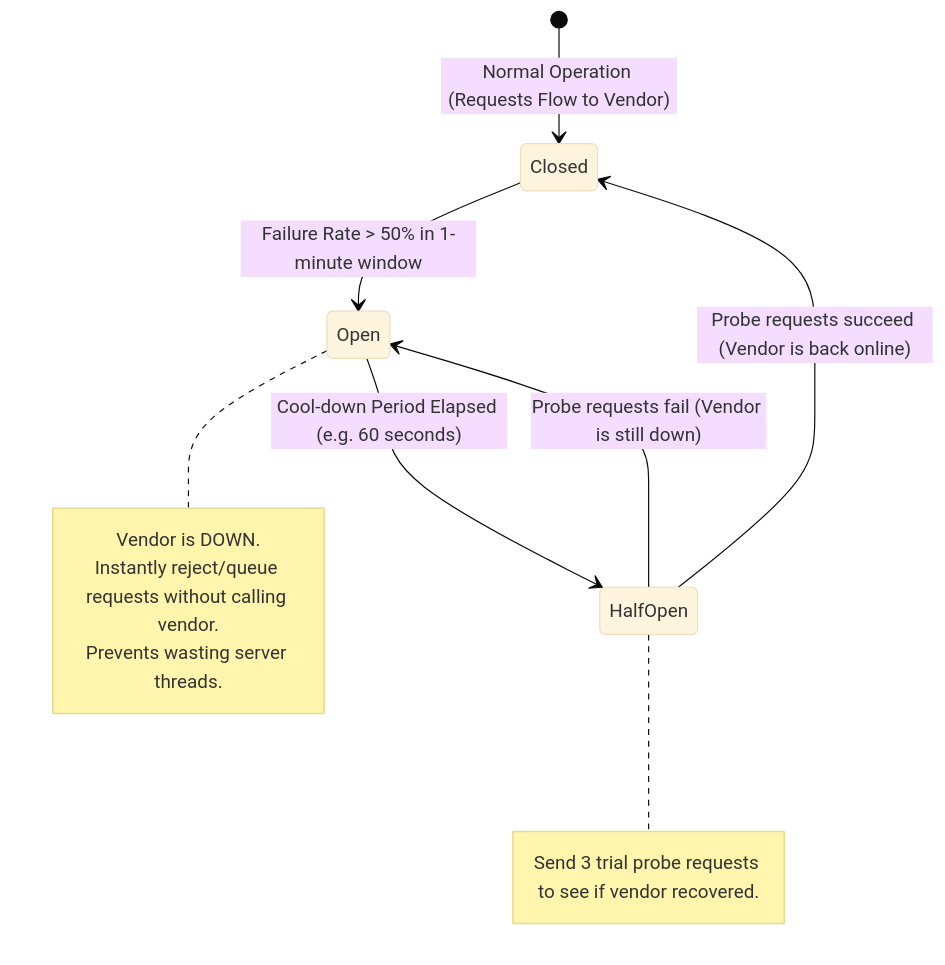
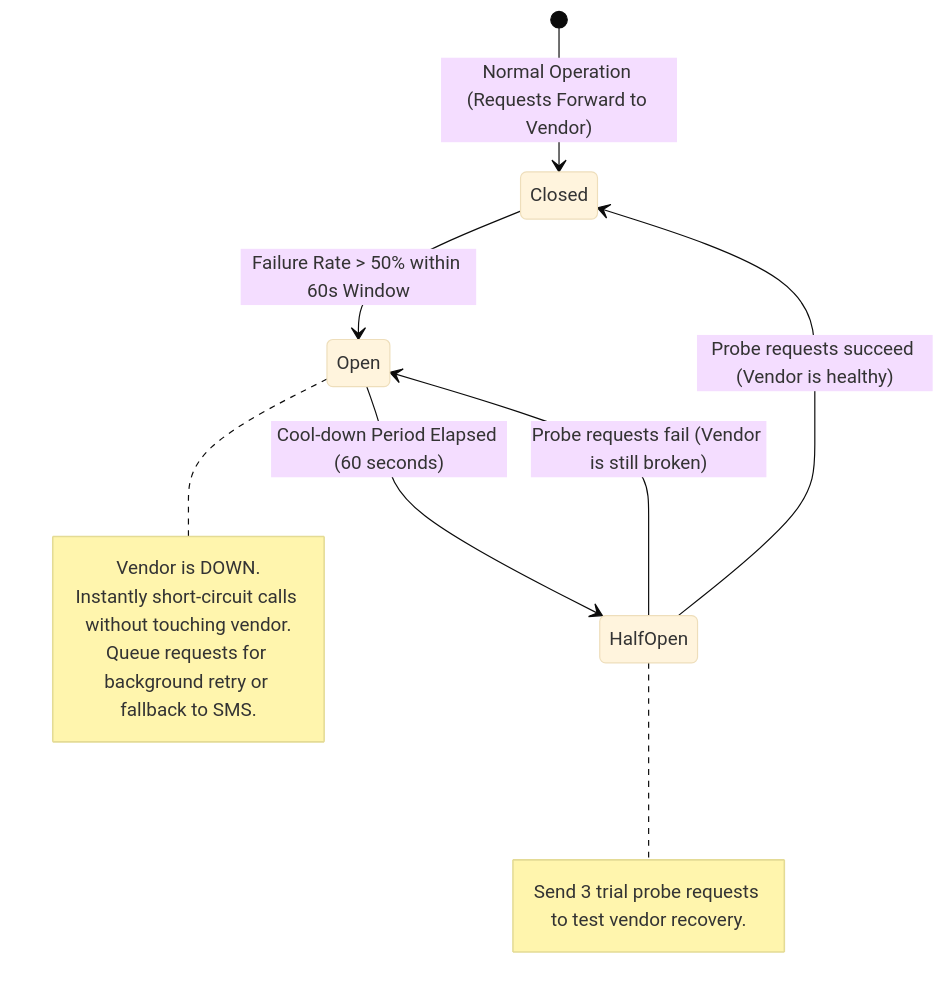
One commit to reviveproject4-source/OpenBSA changed the first of 2 diagrams in 06-edge-cases-and-anti-failure/12-third-party-outage-circuit-breaker.md. Above: the diagram before and after it, drawn with Mermaid (base theme). The commit also changed other lines of this file and 18 other files, not shown here.

````diff
--- a/06-edge-cases-and-anti-failure/12-third-party-outage-circuit-breaker.md
+++ b/06-edge-cases-and-anti-failure/12-third-party-outage-circuit-breaker.md
@@ -47,19 +29,19 @@
 ```mermaid
 stateDiagram-v2
-    [*] --> Closed: Normal Operation (Requests Flow to Vendor)
+    [*] --> Closed: Normal Operation (Requests Forward to Vendor)
 
-    Closed --> Open: Failure Rate > 50% in 1-minute window
+    Closed --> Open: Failure Rate > 50% within 60s Window
     note right of Open
         Vendor is DOWN.
-        Instantly reject/queue requests without calling vendor.
-        Prevents wasting server threads.
+        Instantly short-circuit calls without touching vendor.
+        Queue requests for background retry or fallback to SMS.
     end note
 
-    Open --> HalfOpen: Cool-down Period Elapsed (e.g. 60 seconds)
+    Open --> HalfOpen: Cool-down Period Elapsed (60 seconds)
     note right of HalfOpen
-        Send 3 trial probe requests to see if vendor recovered.
+        Send 3 trial probe requests to test vendor recovery.
     end note
 
-    HalfOpen --> Closed: Probe requests succeed (Vendor is back online)
-    HalfOpen --> Open: Probe requests fail (Vendor is still down)
+    HalfOpen --> Closed: Probe requests succeed (Vendor is healthy)
+    HalfOpen --> Open: Probe requests fail (Vendor is still broken)
 ```
````
